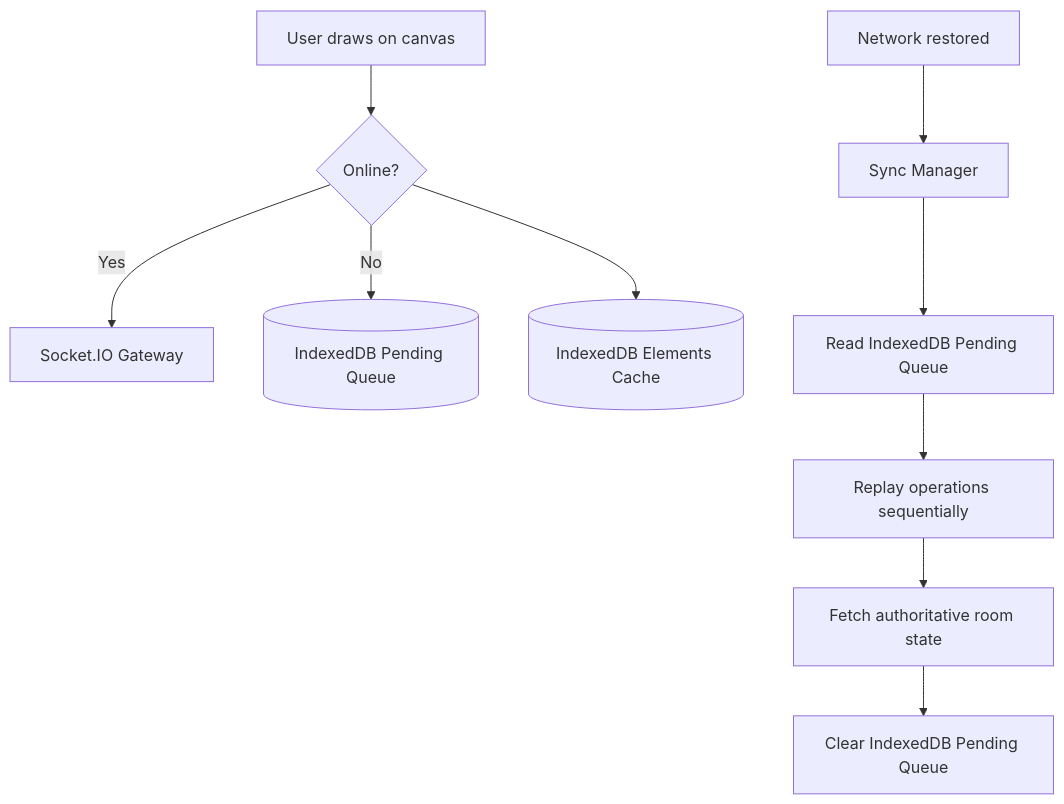
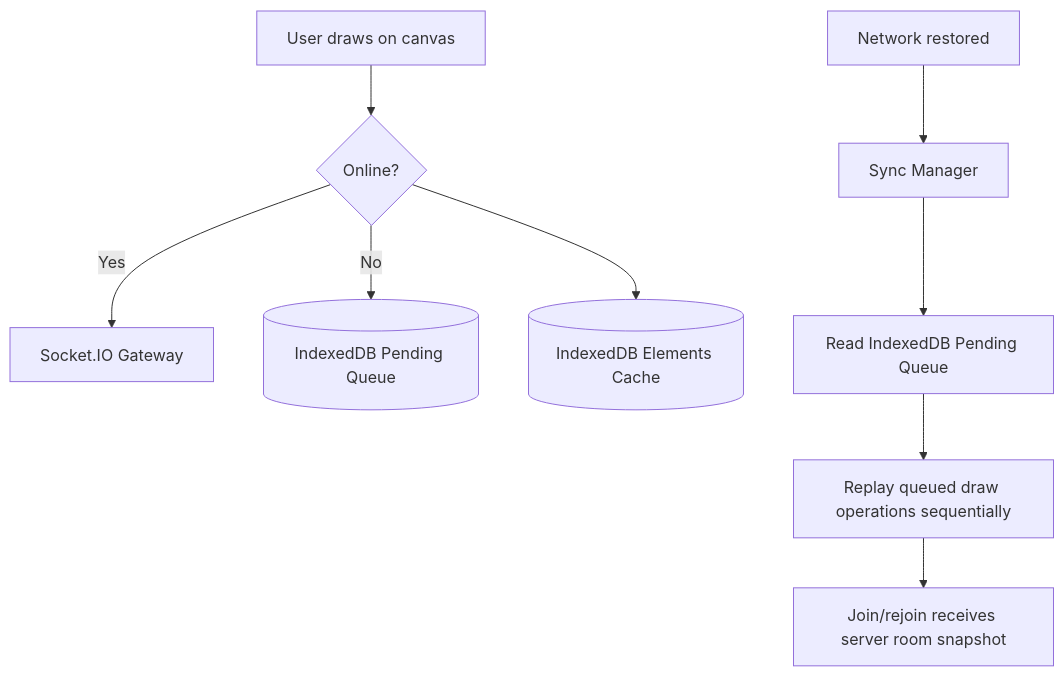
One commit to LokeshBhavsar-code/BoardCollab_Lokesh_Bhavsar changed the diagram in docs/04-frontend/offline-and-reconnection.md. Above: the diagram before and after it, drawn with Mermaid. The commit also changed other lines of this file and 103 other files, not shown here.

````diff
--- a/docs/04-frontend/offline-and-reconnection.md
+++ b/docs/04-frontend/offline-and-reconnection.md
@@ -8,13 +8,12 @@
 ```mermaid
 flowchart TD
   UserDraw[User draws on canvas] --> ActionRouter{Online?}
   ActionRouter -- Yes --> SocketIO[Socket.IO Gateway]
   ActionRouter -- No --> IDBQueue[(IndexedDB Pending Queue)]
   ActionRouter --> IDBCache[(IndexedDB Elements Cache)]
   
   NetworkRecover[Network restored] --> SyncMgr[Sync Manager]
   SyncMgr --> ReadQueue[Read IndexedDB Pending Queue]
-  ReadQueue --> SocketReplay[Replay operations sequentially]
-  SocketReplay --> FetchAuthoritative[Fetch authoritative room state]
-  FetchAuthoritative --> ClearQueue[Clear IndexedDB Pending Queue]
+  ReadQueue --> SocketReplay[Replay queued draw operations sequentially]
+  SocketReplay --> RoomState[Join/rejoin receives server room snapshot]
 ```
````
